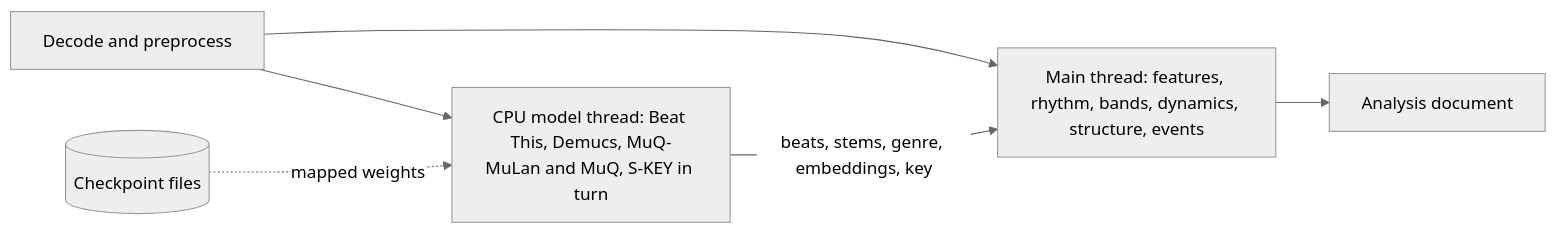
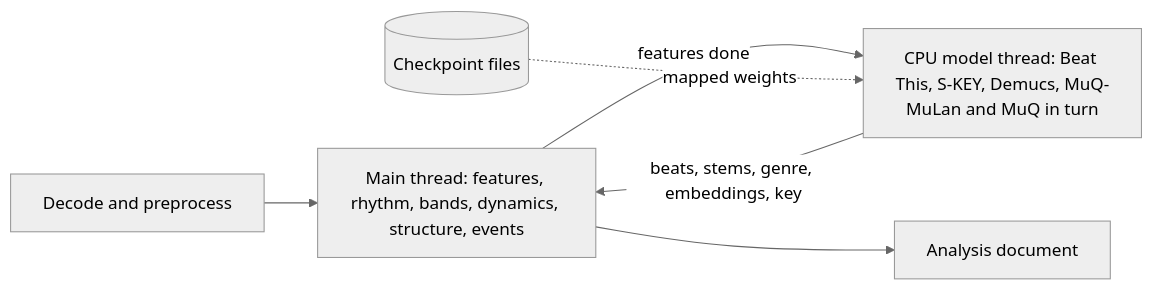
The fifth of 5 diagrams in README.md (tyclab/artnet-lightshow), drawn with Mermaid (neutral theme) before and after one commit. The commit also changed 13 other files, not shown here.

````diff
--- a/README.md
+++ b/README.md
@@ -963,8 +963,8 @@
 ```mermaid
 flowchart LR
   Decode[Decode and preprocess] --> Main[Main thread: features, rhythm, bands, dynamics, structure, events]
-  Decode --> Models[CPU model thread: Beat This, Demucs, MuQ-MuLan and MuQ, S-KEY in turn]
+  Main -- features done --> Models[CPU model thread: Beat This, S-KEY, Demucs, MuQ-MuLan and MuQ in turn]
   Files[(Checkpoint files)] -. mapped weights .-> Models
   Models -- beats, stems, genre, embeddings, key --> Main
   Main --> Document[Analysis document]
 ```
````
